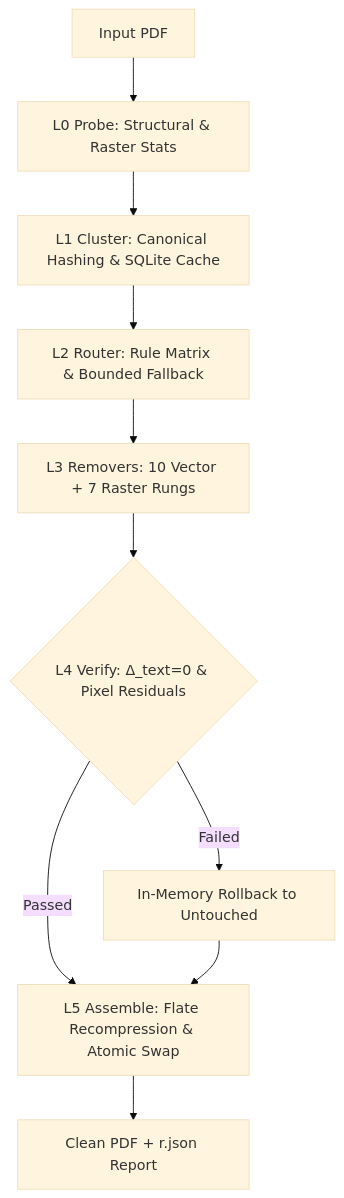
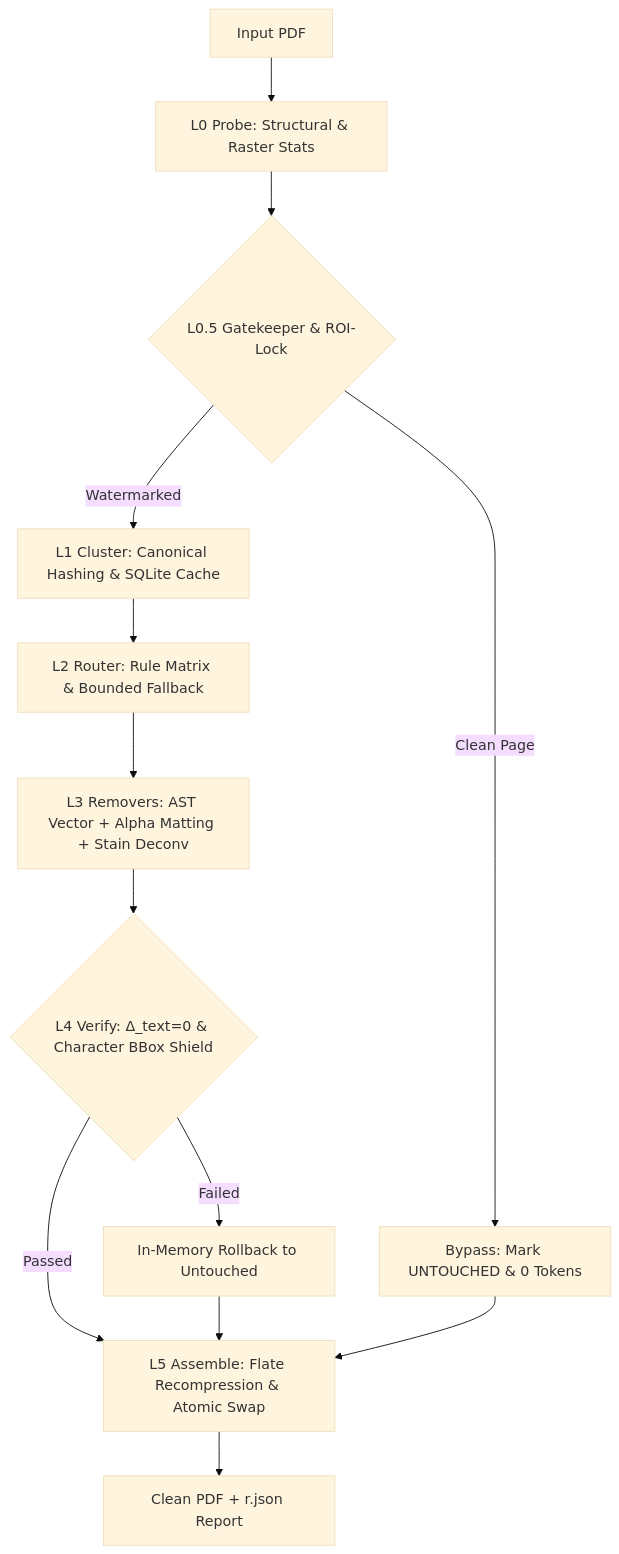
The diagram in README.md (Dev-Solanki-09/Watermark-Remover-Agentic-Tool), drawn with Mermaid (base theme) before and after one commit. The commit also changed other lines of this file and 4 other files, not shown here.

````diff
--- a/README.md
+++ b/README.md
@@ -28,12 +35,15 @@
 ```mermaid
 flowchart TD
     IN[Input PDF] --> L0[L0 Probe: Structural & Raster Stats]
-    L0 --> L1[L1 Cluster: Canonical Hashing & SQLite Cache]
+    L0 --> L05{L0.5 Gatekeeper & ROI-Lock}
+    L05 -- Clean Page --> UNTOUCHED[Bypass: Mark UNTOUCHED & 0 Tokens]
+    L05 -- Watermarked --> L1[L1 Cluster: Canonical Hashing & SQLite Cache]
     L1 --> L2[L2 Router: Rule Matrix & Bounded Fallback]
-    L2 --> L3[L3 Removers: 10 Vector + 7 Raster Rungs]
-    L3 --> L4{L4 Verify: Δ_text=0 & Pixel Residuals}
+    L2 --> L3[L3 Removers: AST Vector + Alpha Matting + Stain Deconv]
+    L3 --> L4{L4 Verify: Δ_text=0 & Character BBox Shield}
     L4 -- Passed --> L5[L5 Assemble: Flate Recompression & Atomic Swap]
     L4 -- Failed --> ROLLBACK[In-Memory Rollback to Untouched]
     ROLLBACK --> L5
+    UNTOUCHED --> L5
     L5 --> OUT[Clean PDF + r.json Report]
 ```
````
